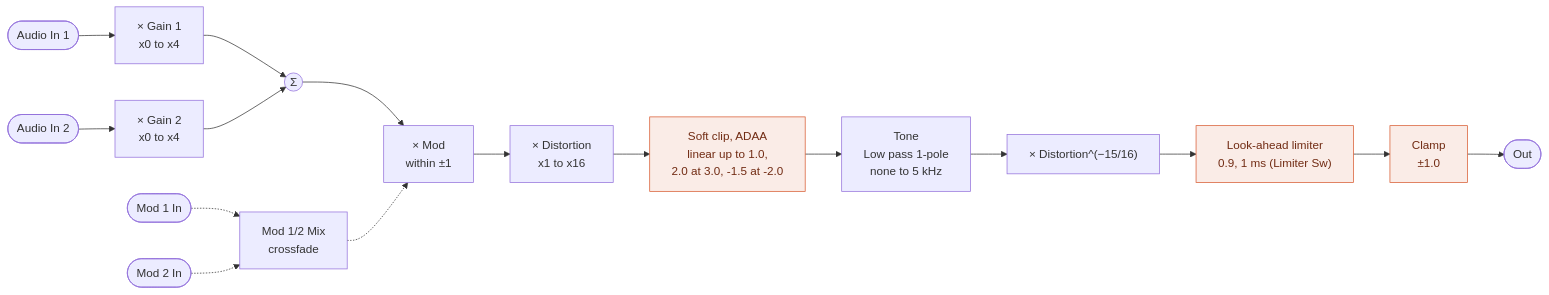
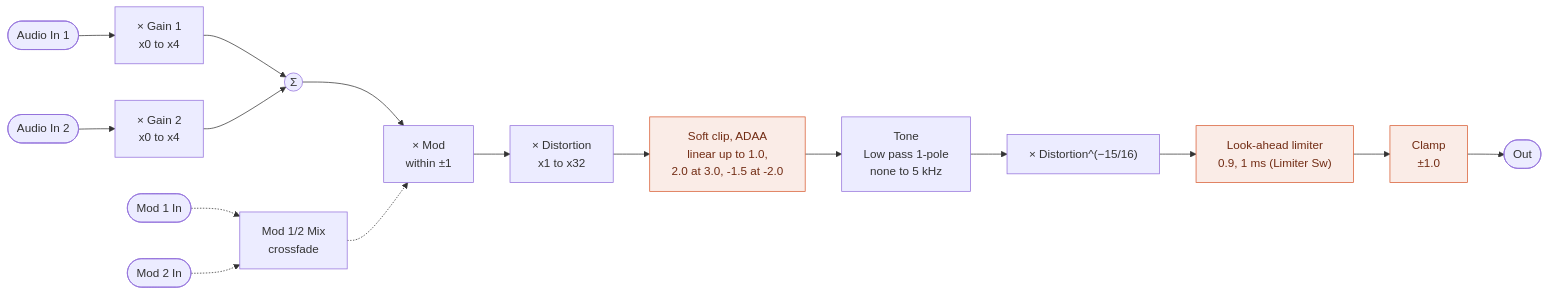
Before and after one commit to risgk/midi_synthesizer_spms1: the third of 5 diagrams in spms1_type2/spms1_patching.md, drawn with Mermaid. The commit also changed other lines of this file and 7 other files, not shown here.

````diff
--- a/spms1_type2/spms1_patching.md
+++ b/spms1_type2/spms1_patching.md
@@ -155,20 +155,20 @@
 ```mermaid
 flowchart LR
   IN1([Audio In 1]) --> G1["× Gain 1<br/>x0 to x4"]
   IN2([Audio In 2]) --> G2["× Gain 2<br/>x0 to x4"]
   G1 --> SUM((Σ))
   G2 --> SUM
   SUM --> M["× Mod<br/>within ±1"]
   MOD1([Mod 1 In]) -.-> MX["Mod 1/2 Mix<br/>crossfade"]
   MOD2([Mod 2 In]) -.-> MX
   MX -.-> M
-  M --> DRV["× Distortion<br/>x1 to x16"]
+  M --> DRV["× Distortion<br/>x1 to x32"]
   DRV --> SC["Soft clip, ADAA<br/>linear up to 1.0,<br/>2.0 at 3.0, -1.5 at -2.0"]
   SC --> TONE["Tone<br/>Low pass 1-pole<br/>none to 5 kHz"]
   TONE --> MU["× Distortion^(−15/16)"]
   MU --> LIM["Look-ahead limiter<br/>0.9, 1 ms (Limiter Sw)"]
   LIM --> CL["Clamp<br/>±1.0"]
   CL --> OUT([Out])
   classDef nl fill:#FAECE7,stroke:#D85A30,color:#712B13
   class SC,LIM,CL nl
 ```
````
